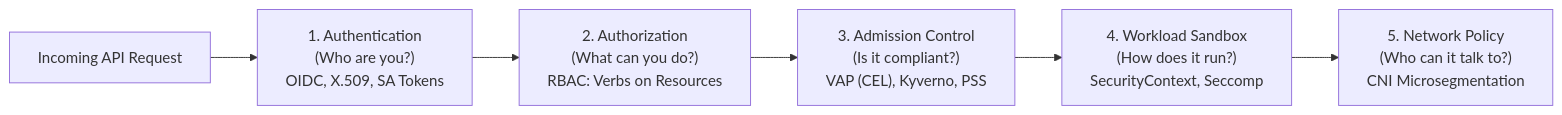
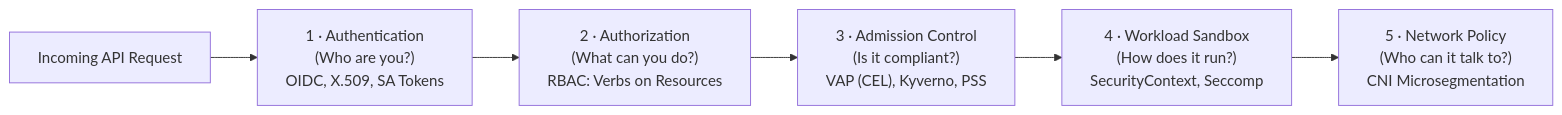
Before and after one commit to darshan-raul/cloudnative-wiki: the diagram in content/Kubernetes/review/security-refresher.md, drawn with Mermaid. The commit also changed 94 other files, not shown here.

````diff
--- a/content/Kubernetes/review/security-refresher.md
+++ b/content/Kubernetes/review/security-refresher.md
@@ -14,8 +14,8 @@
 ```mermaid
 flowchart LR
-    Request["Incoming API Request"] --> AuthN["1. Authentication<br/>(Who are you?)<br/>OIDC, X.509, SA Tokens"]
-    AuthN --> AuthZ["2. Authorization<br/>(What can you do?)<br/>RBAC: Verbs on Resources"]
-    AuthZ --> Admission["3. Admission Control<br/>(Is it compliant?)<br/>VAP (CEL), Kyverno, PSS"]
-    Admission --> Node["4. Workload Sandbox<br/>(How does it run?)<br/>SecurityContext, Seccomp"]
-    Node --> Network["5. Network Policy<br/>(Who can it talk to?)<br/>CNI Microsegmentation"]
+    Request["Incoming API Request"] --> AuthN["1 · Authentication<br/>(Who are you?)<br/>OIDC, X.509, SA Tokens"]
+    AuthN --> AuthZ["2 · Authorization<br/>(What can you do?)<br/>RBAC: Verbs on Resources"]
+    AuthZ --> Admission["3 · Admission Control<br/>(Is it compliant?)<br/>VAP (CEL), Kyverno, PSS"]
+    Admission --> Node["4 · Workload Sandbox<br/>(How does it run?)<br/>SecurityContext, Seccomp"]
+    Node --> Network["5 · Network Policy<br/>(Who can it talk to?)<br/>CNI Microsegmentation"]
 ```
````
